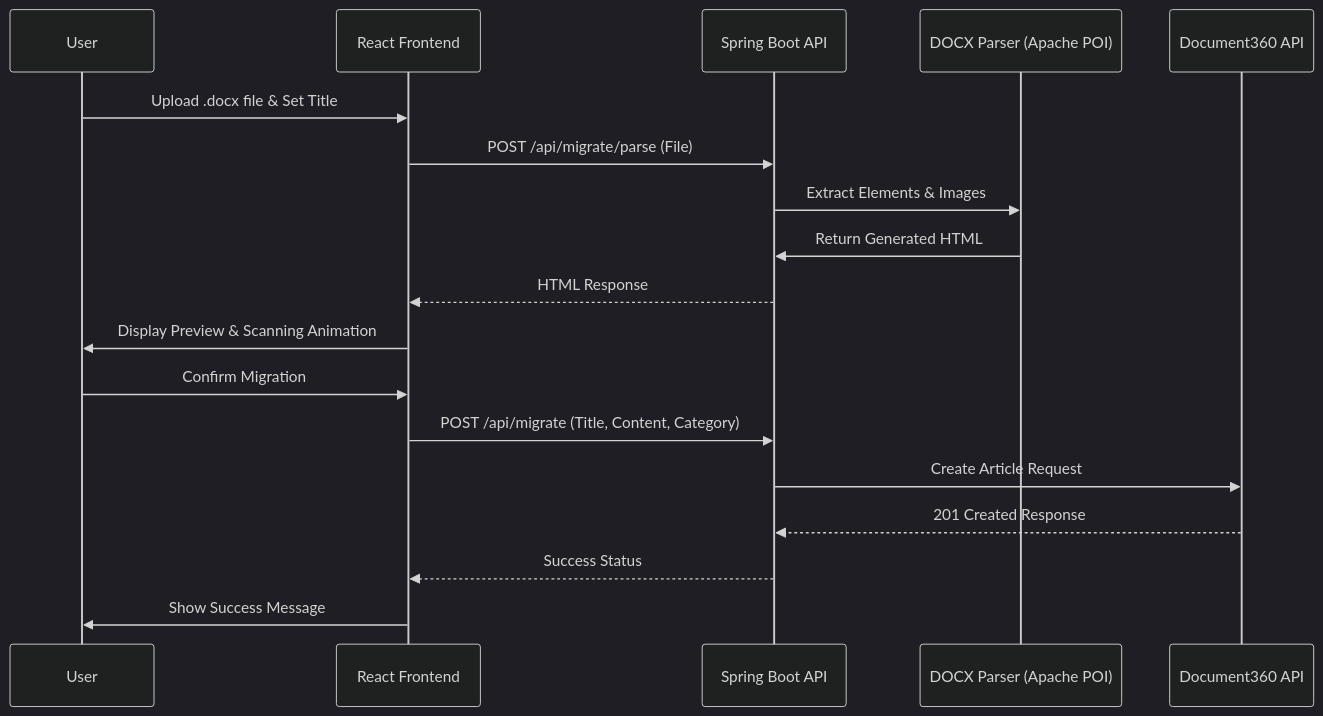
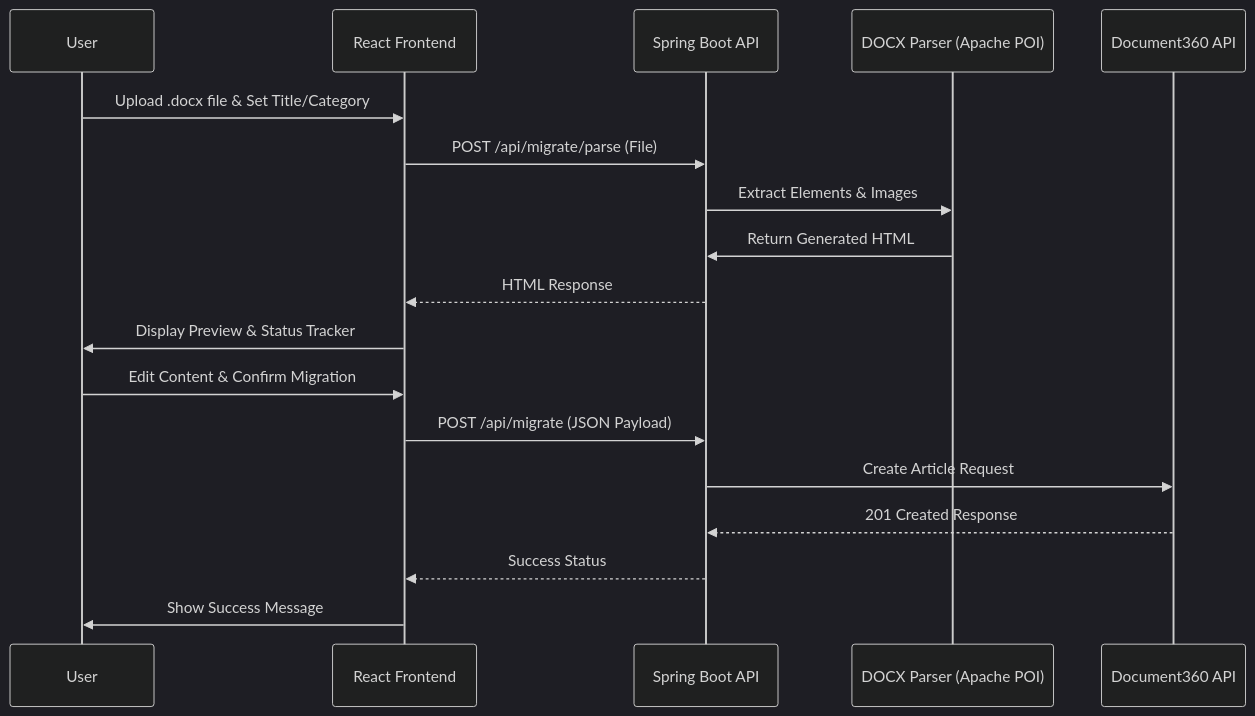
The diagram in README.md (KUMAR-VSK/Content-Migration), drawn with Mermaid (dark theme) before and after one commit. The commit also changed other lines of this file, not shown here.

Commit message:
docs: Update README with latest features and architecture

````diff
--- a/README.md
+++ b/README.md
@@ -22,21 +23,21 @@
 ```mermaid
 sequenceDiagram
     participant U as User
     participant R as React Frontend
     participant S as Spring Boot API
     participant P as DOCX Parser (Apache POI)
     participant D as Document360 API
 
-    U->>R: Upload .docx file & Set Title
+    U->>R: Upload .docx file & Set Title/Category
     R->>S: POST /api/migrate/parse (File)
     S->>P: Extract Elements & Images
     P->>S: Return Generated HTML
     S-->>R: HTML Response
-    R->>U: Display Preview & Scanning Animation
-    U->>R: Confirm Migration
-    R->>S: POST /api/migrate (Title, Content, Category)
+    R->>U: Display Preview & Status Tracker
+    U->>R: Edit Content & Confirm Migration
+    R->>S: POST /api/migrate (JSON Payload)
     S->>D: Create Article Request
     D-->>S: 201 Created Response
     S-->>R: Success Status
     R->>U: Show Success Message
 ```
````
